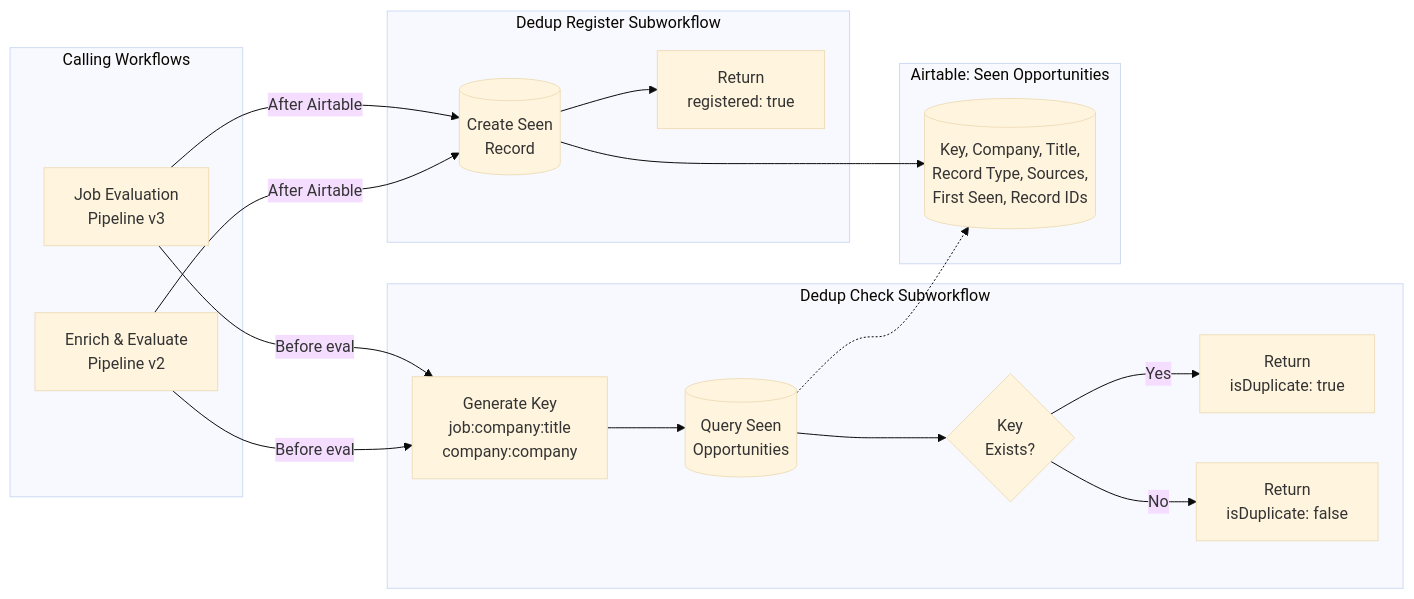
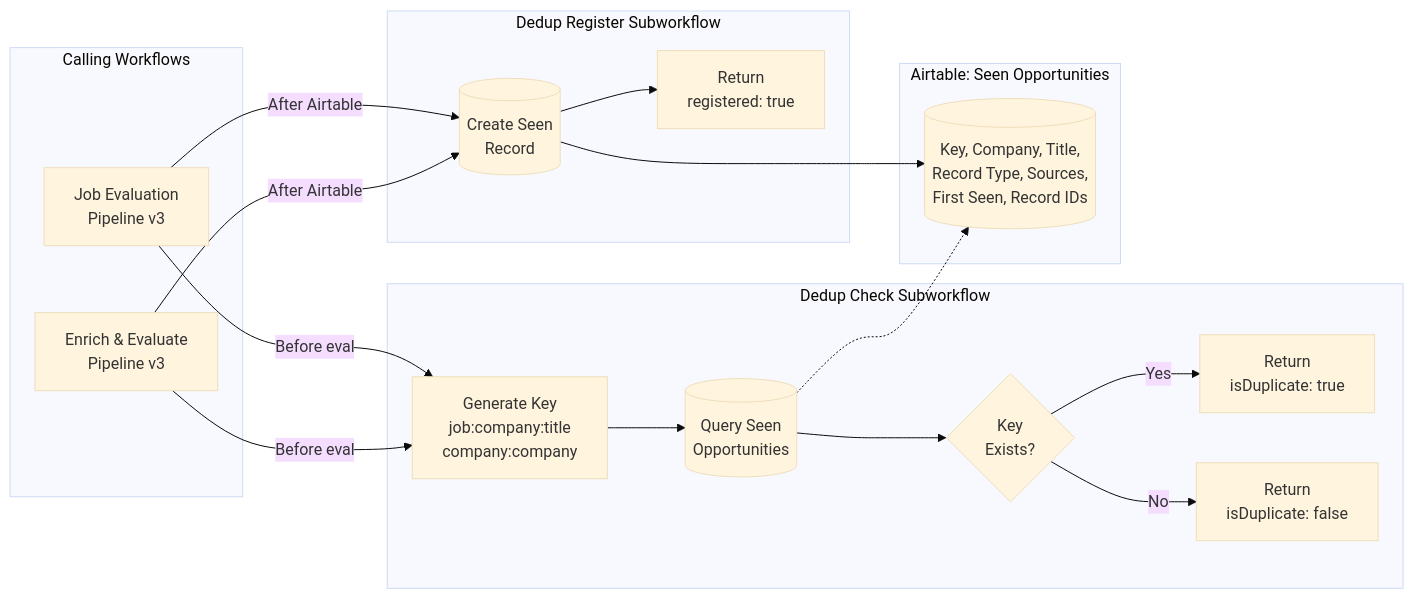
The fourth of 7 diagrams in FLOWCHART.md (zelman/job_search), drawn with Mermaid (base theme) before and after one commit. The commit also changed other lines of this file and 20 other files, not shown here.

````diff
--- a/FLOWCHART.md
+++ b/FLOWCHART.md
@@ -202,37 +202,37 @@
 ```mermaid
 flowchart LR
     subgraph Callers["Calling Workflows"]
         JOB_PIPE[Job Evaluation<br/>Pipeline v3]
-        COMP_PIPE[Enrich & Evaluate<br/>Pipeline v2]
+        COMP_PIPE[Enrich & Evaluate<br/>Pipeline v3]
     end
 
     subgraph Check["Dedup Check Subworkflow"]
         GEN_KEY[Generate Key<br/>job:company:title<br/>company:company]
         QUERY[(Query Seen<br/>Opportunities)]
         COMPARE{Key<br/>Exists?}
         RET_DUP[Return<br/>isDuplicate: true]
         RET_NEW[Return<br/>isDuplicate: false]
     end
 
     subgraph Register["Dedup Register Subworkflow"]
         CREATE[(Create Seen<br/>Record)]
         CONFIRM[Return<br/>registered: true]
     end
 
     subgraph SeenTable["Airtable: Seen Opportunities"]
         SEEN[(Key, Company, Title,<br/>Record Type, Sources,<br/>First Seen, Record IDs)]
     end
 
     JOB_PIPE -->|Before eval| GEN_KEY
     COMP_PIPE -->|Before eval| GEN_KEY
     GEN_KEY --> QUERY
     QUERY --> COMPARE
     COMPARE -->|Yes| RET_DUP
     COMPARE -->|No| RET_NEW
 
     JOB_PIPE -->|After Airtable| CREATE
     COMP_PIPE -->|After Airtable| CREATE
     CREATE --> CONFIRM
     CREATE --> SEEN
     QUERY -.-> SEEN
 ```
````
